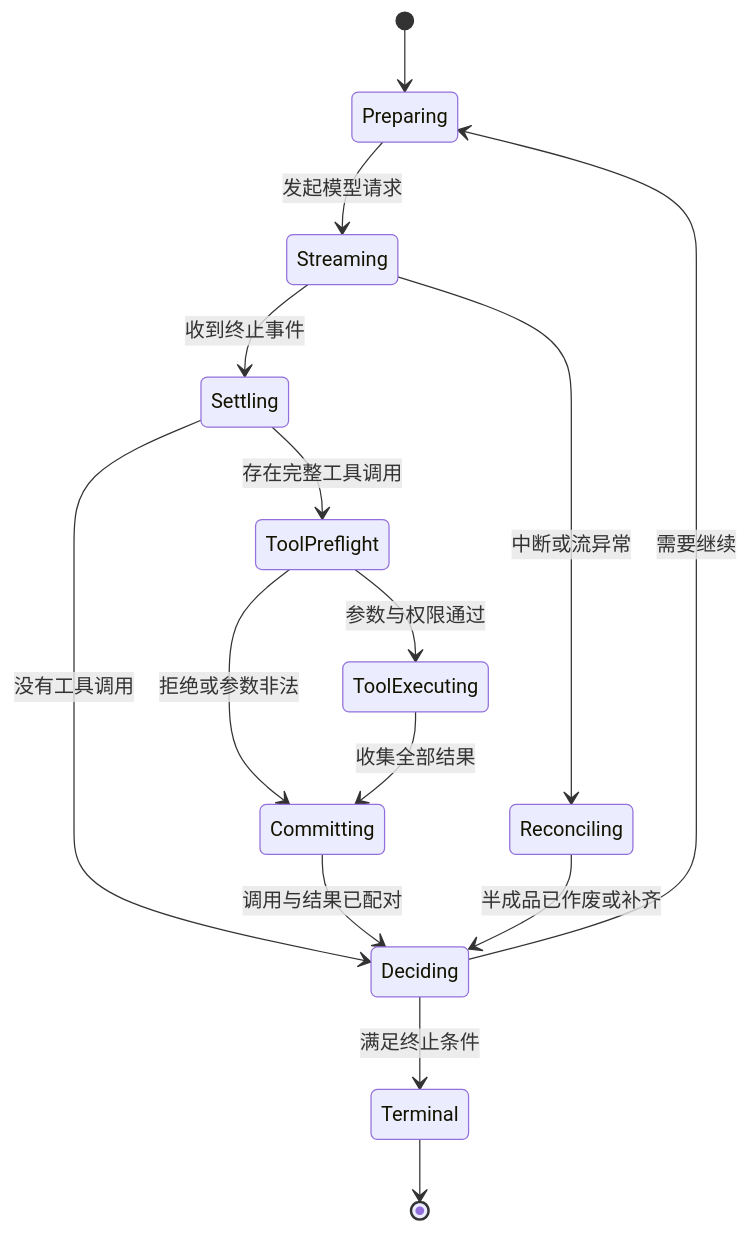
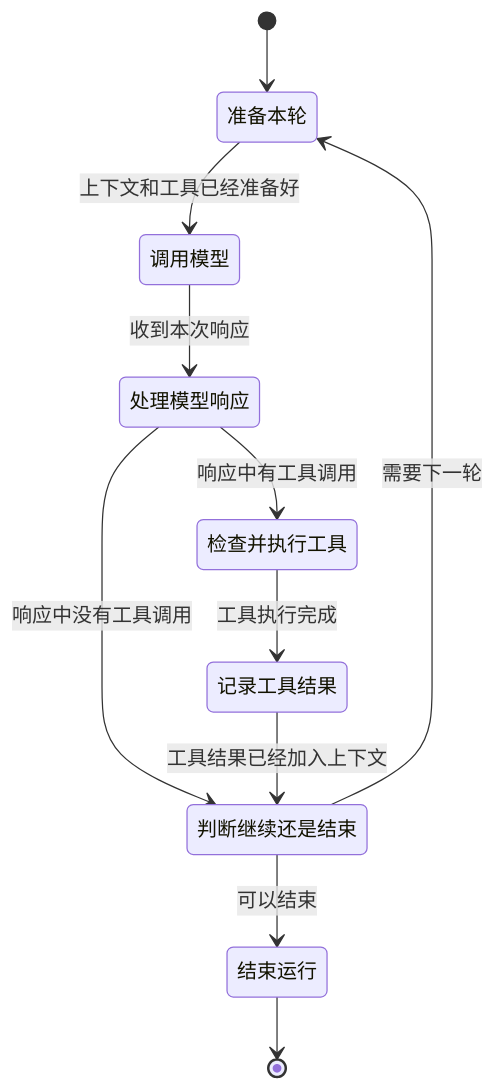
The diagram in output/agent-execution-loop.md (lyeka/agent-iv), drawn with Mermaid before and after one commit. The commit also changed other lines of this file, not shown here.

````diff
--- a/output/agent-execution-loop.md
+++ b/output/agent-execution-loop.md
@@ -62,17 +64,23 @@
 ```mermaid
 stateDiagram-v2
-    [*] --> Preparing
-    Preparing --> Streaming: 发起模型请求
-    Streaming --> Settling: 收到终止事件
-    Streaming --> Reconciling: 中断或流异常
-    Settling --> ToolPreflight: 存在完整工具调用
-    Settling --> Deciding: 没有工具调用
-    ToolPreflight --> ToolExecuting: 参数与权限通过
-    ToolPreflight --> Committing: 拒绝或参数非法
-    ToolExecuting --> Committing: 收集全部结果
-    Committing --> Deciding: 调用与结果已配对
-    Reconciling --> Deciding: 半成品已作废或补齐
-    Deciding --> Preparing: 需要继续
-    Deciding --> Terminal: 满足终止条件
+    direction TB
+
+    state "准备本轮" as PreparingTurn
+    state "调用模型" as CallingModel
+    state "处理模型响应" as HandlingResponse
+    state "检查并执行工具" as RunningTools
+    state "记录工具结果" as RecordingToolResults
+    state "判断继续还是结束" as DecidingNextStep
+    state "结束运行" as Terminal
+
+    [*] --> PreparingTurn
+    PreparingTurn --> CallingModel: 上下文和工具已经准备好
+    CallingModel --> HandlingResponse: 收到本次响应
+    HandlingResponse --> RunningTools: 响应中有工具调用
+    HandlingResponse --> DecidingNextStep: 响应中没有工具调用
+    RunningTools --> RecordingToolResults: 工具执行完成
+    RecordingToolResults --> DecidingNextStep: 工具结果已经加入上下文
+    DecidingNextStep --> PreparingTurn: 需要下一轮
+    DecidingNextStep --> Terminal: 可以结束
     Terminal --> [*]
 ```
````
